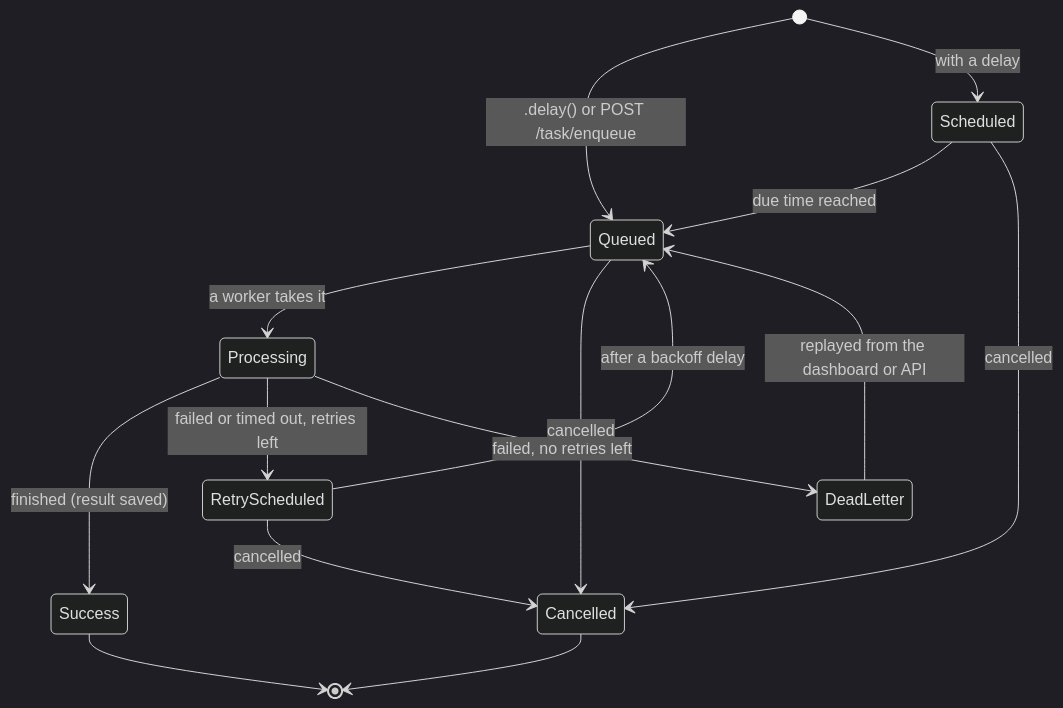
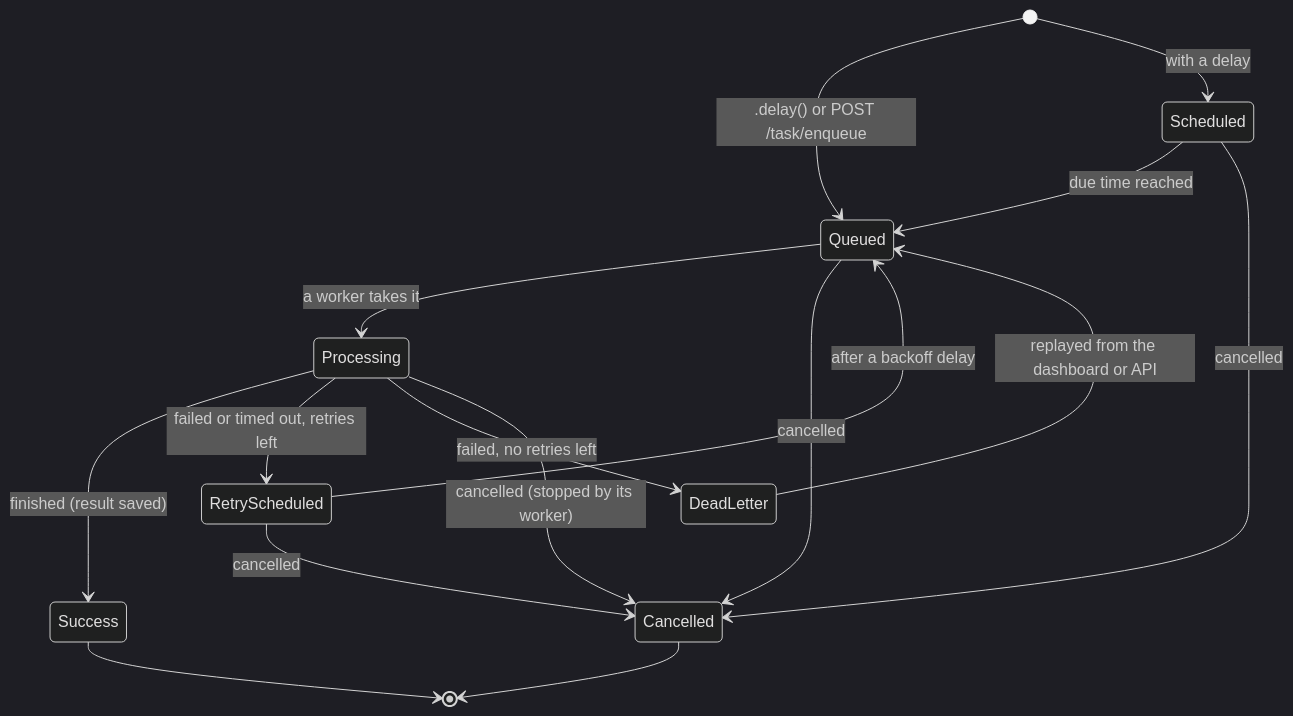
Before and after one commit to vrajpatelm/PyTaskQ: the diagram in docs/ARCHITECTURE.md, drawn with Mermaid (dark theme). The commit also changed other lines of this file and 17 other files, not shown here.

````diff
--- a/docs/ARCHITECTURE.md
+++ b/docs/ARCHITECTURE.md
@@ -64,17 +76,18 @@
 ```mermaid
 stateDiagram-v2
     [*] --> Queued : .delay() or POST /task/enqueue
     [*] --> Scheduled : with a delay
     Scheduled --> Queued : due time reached
     Queued --> Processing : a worker takes it
     Processing --> Success : finished (result saved)
     Processing --> RetryScheduled : failed or timed out, retries left
     Processing --> DeadLetter : failed, no retries left
     RetryScheduled --> Queued : after a backoff delay
     DeadLetter --> Queued : replayed from the dashboard or API
     Queued --> Cancelled : cancelled
     Scheduled --> Cancelled : cancelled
     RetryScheduled --> Cancelled : cancelled
+    Processing --> Cancelled : cancelled (stopped by its worker)
     Success --> [*]
     Cancelled --> [*]
 ```
````
